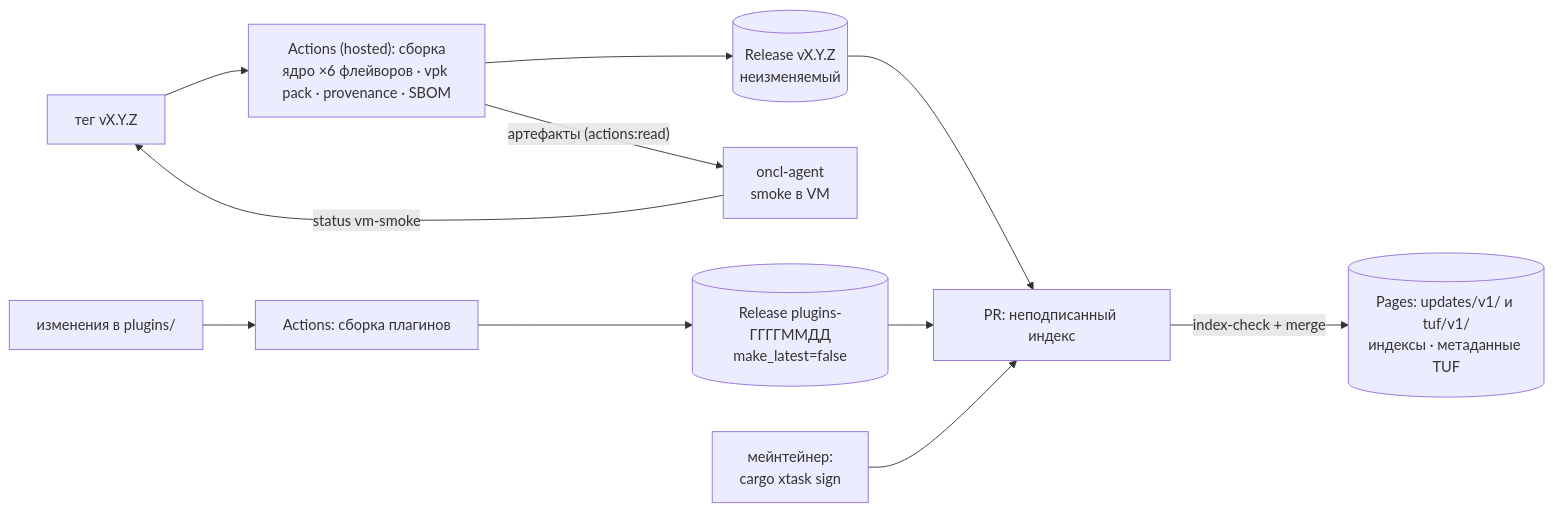
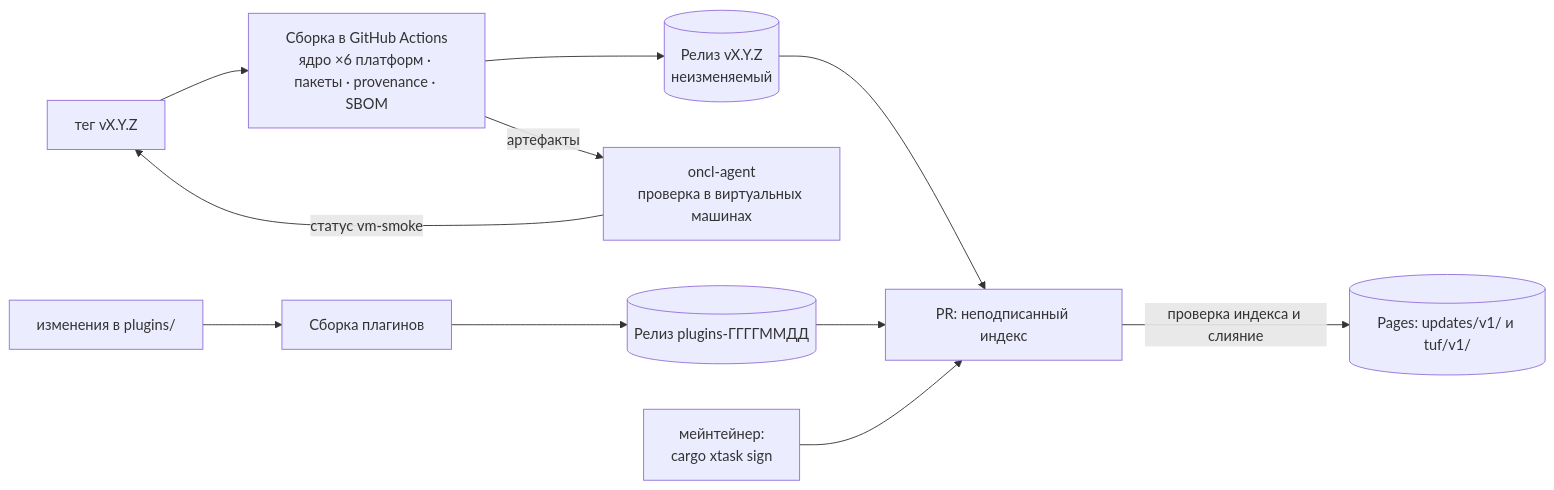
Before and after one commit to arynyklas/OpenNCALayer: the second of 2 diagrams in docs/design/roadmap.md, drawn with Mermaid. The commit also changed other lines of this file and 51 other files, not shown here.

````diff
--- a/docs/design/roadmap.md
+++ b/docs/design/roadmap.md
@@ -116,11 +139,11 @@
 ```mermaid
 flowchart LR
-  TAG["тег vX.Y.Z"] --> CI["Actions (hosted): сборка<br/>ядро ×6 флейворов · vpk pack · provenance · SBOM"]
-  CI --> REL[("Release vX.Y.Z<br/>неизменяемый")]
-  CI -- "артефакты (actions:read)" --> AG["oncl-agent<br/>smoke в VM"]
-  AG -- "status vm-smoke" --> TAG
-  PL["изменения в plugins/"] --> CIP["Actions: сборка плагинов"] --> RELP[("Release plugins-ГГГГММДД<br/>make_latest=false")]
+  TAG["тег vX.Y.Z"] --> CI["Сборка в GitHub Actions<br/>ядро ×6 платформ · пакеты · provenance · SBOM"]
+  CI --> REL[("Релиз vX.Y.Z<br/>неизменяемый")]
+  CI -- "артефакты" --> AG["oncl-agent<br/>проверка в виртуальных машинах"]
+  AG -- "статус vm-smoke" --> TAG
+  PL["изменения в plugins/"] --> CIP["Сборка плагинов"] --> RELP[("Релиз plugins-ГГГГММДД")]
   REL & RELP --> IDX["PR: неподписанный индекс"]
   DEV["мейнтейнер:<br/>cargo xtask sign"] --> IDX
-  IDX -- "index-check + merge" --> PAGES[("Pages: updates/v1/ и tuf/v1/<br/>индексы · метаданные TUF")]
+  IDX -- "проверка индекса и слияние" --> PAGES[("Pages: updates/v1/ и tuf/v1/")]
 ```
````
